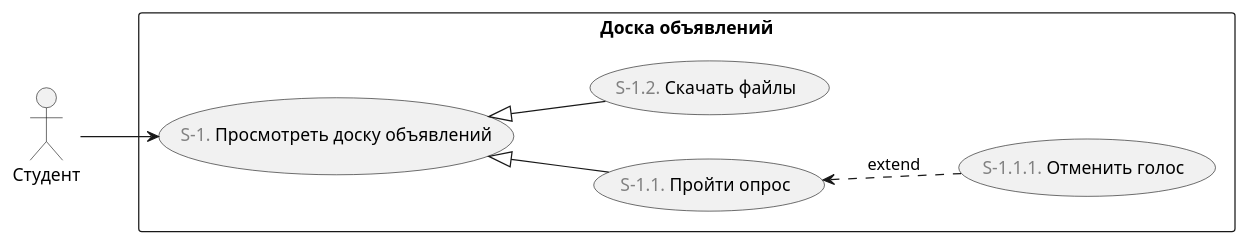
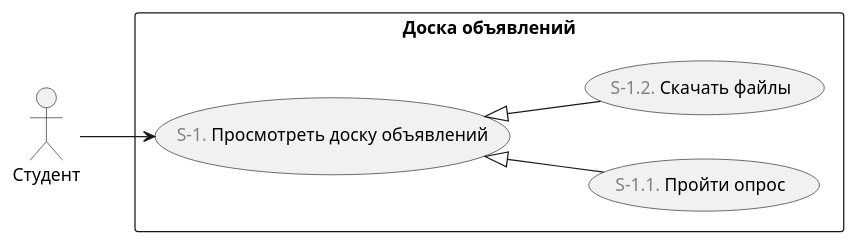
One commit to astu-app/ASTU-Bulletin-Board-Server changed the diagram in doc/Диаграммы/use case/view_board.puml. Above: the diagram before and after it, drawn with PlantUML. The commit also changed 4 other files, not shown here.

Commit message:
удалил вариант использования "S-1.1.1. Отменить голос"

```diff
--- a/doc/Диаграммы/use case/view_board.puml
+++ b/doc/Диаграммы/use case/view_board.puml
@@ -1,19 +1,17 @@
 @startuml
 'https://plantuml.com/use-case-diagram
 
 left to right direction
 
 :Студент: as student
 
 rectangle "Доска объявлений" {
     (<font color="gray">S-1.</font> Просмотреть доску объявлений) as view_board
     (<font color="gray">S-1.1.</font> Пройти опрос) as take_survey
 
     student --> view_board 
     view_board <|-- (<font color="gray">S-1.2.</font> Скачать файлы)
     view_board <|-- take_survey
-    
-    take_survey <.. (<font color="gray">S-1.1.1.</font> Отменить голос) : extend
 }
     
 @enduml
```
